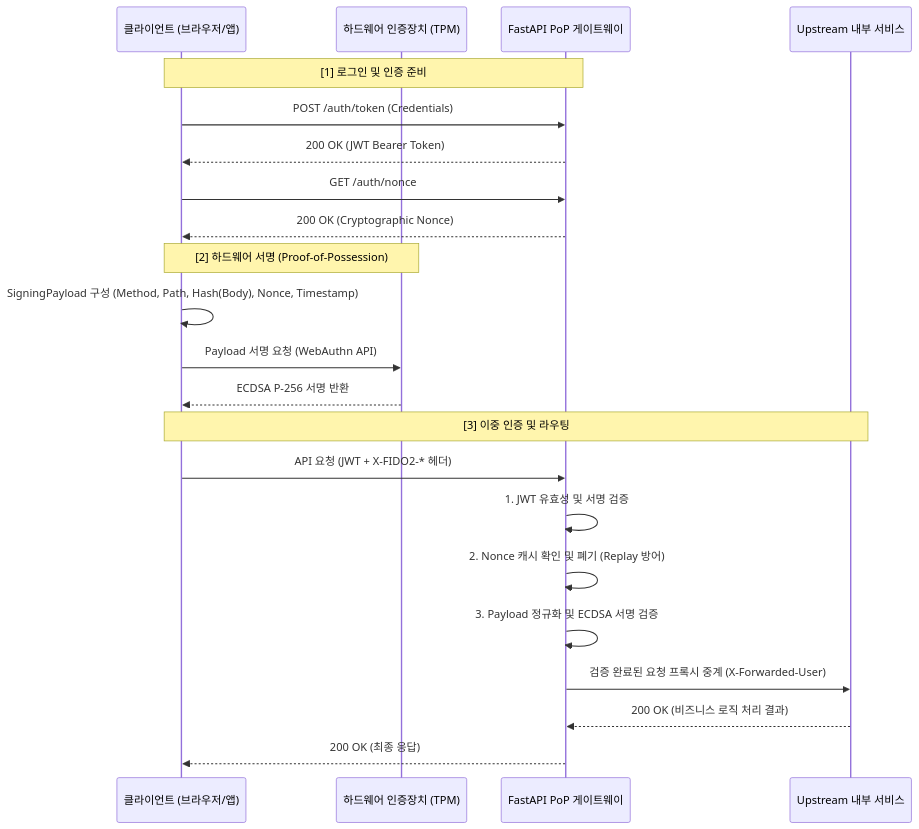
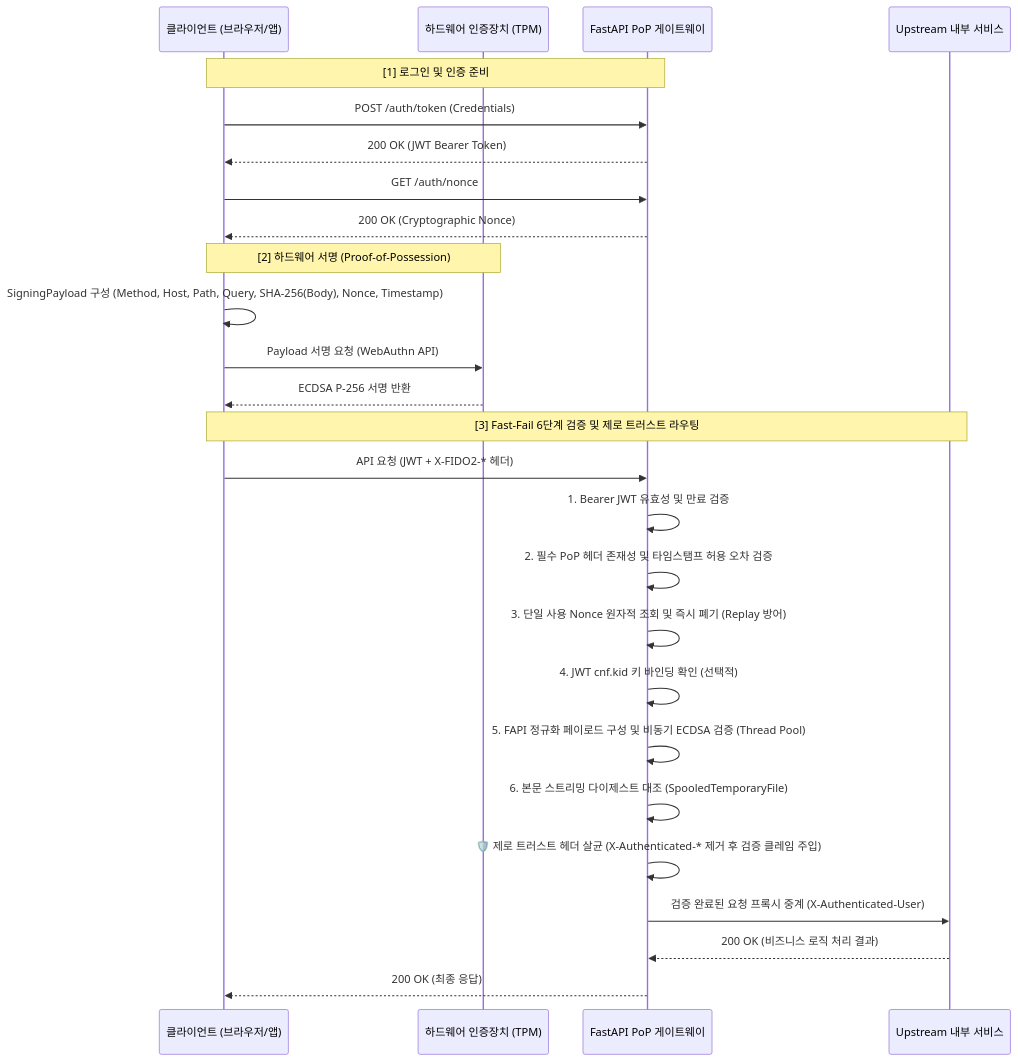
Before and after one commit to altdmfk/fido2-pop-gateway: the diagram in README.md, drawn with Mermaid. The commit also changed other lines of this file and 4 other files, not shown here.

````diff
--- a/README.md
+++ b/README.md
@@ -21,27 +21,31 @@
 ```mermaid
 sequenceDiagram
     participant Client as 클라이언트 (브라우저/앱)
     participant HW as 하드웨어 인증장치 (TPM)
     participant Gateway as FastAPI PoP 게이트웨이
     participant Upstream as Upstream 내부 서비스
     
     Note over Client, Gateway: [1] 로그인 및 인증 준비
     Client->>Gateway: POST /auth/token (Credentials)
     Gateway-->>Client: 200 OK (JWT Bearer Token)
     Client->>Gateway: GET /auth/nonce
     Gateway-->>Client: 200 OK (Cryptographic Nonce)
     
     Note over Client, HW: [2] 하드웨어 서명 (Proof-of-Possession)
-    Client->>Client: SigningPayload 구성 (Method, Path, Hash(Body), Nonce, Timestamp)
+    Client->>Client: SigningPayload 구성 (Method, Host, Path, Query, SHA-256(Body), Nonce, Timestamp)
     Client->>HW: Payload 서명 요청 (WebAuthn API)
     HW-->>Client: ECDSA P-256 서명 반환
     
-    Note over Client, Upstream: [3] 이중 인증 및 라우팅
+    Note over Client, Upstream: [3] Fast-Fail 6단계 검증 및 제로 트러스트 라우팅
     Client->>Gateway: API 요청 (JWT + X-FIDO2-* 헤더)
-    Gateway->>Gateway: 1. JWT 유효성 및 서명 검증
-    Gateway->>Gateway: 2. Nonce 캐시 확인 및 폐기 (Replay 방어)
-    Gateway->>Gateway: 3. Payload 정규화 및 ECDSA 서명 검증
-    Gateway->>Upstream: 검증 완료된 요청 프록시 중계 (X-Forwarded-User)
+    Gateway->>Gateway: 1. Bearer JWT 유효성 및 만료 검증
+    Gateway->>Gateway: 2. 필수 PoP 헤더 존재성 및 타임스탬프 허용 오차 검증
+    Gateway->>Gateway: 3. 단일 사용 Nonce 원자적 조회 및 즉시 폐기 (Replay 방어)
+    Gateway->>Gateway: 4. JWT cnf.kid 키 바인딩 확인 (선택적)
+    Gateway->>Gateway: 5. FAPI 정규화 페이로드 구성 및 비동기 ECDSA 검증 (Thread Pool)
+    Gateway->>Gateway: 6. 본문 스트리밍 다이제스트 대조 (SpooledTemporaryFile)
+    Gateway->>Gateway: 🛡️ 제로 트러스트 헤더 살균 (X-Authenticated-* 제거 후 검증 클레임 주입)
+    Gateway->>Upstream: 검증 완료된 요청 프록시 중계 (X-Authenticated-User)
     Upstream-->>Gateway: 200 OK (비즈니스 로직 처리 결과)
     Gateway-->>Client: 200 OK (최종 응답)
 ```
````
